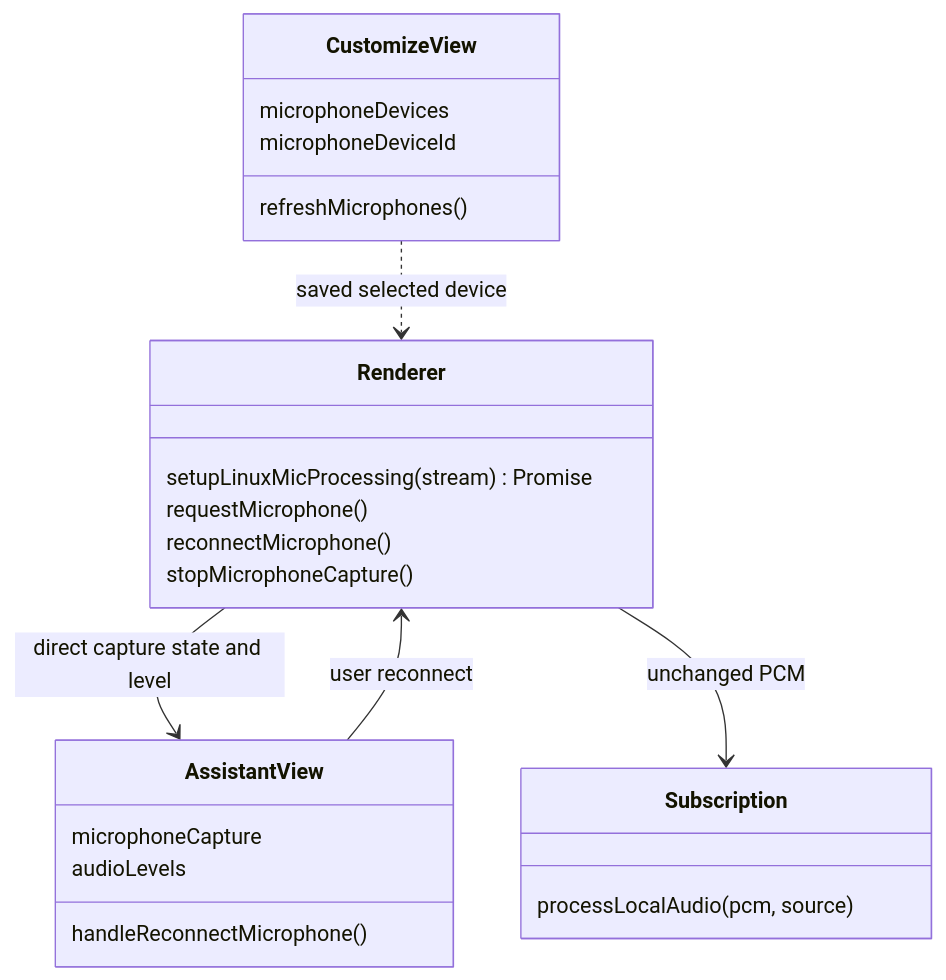
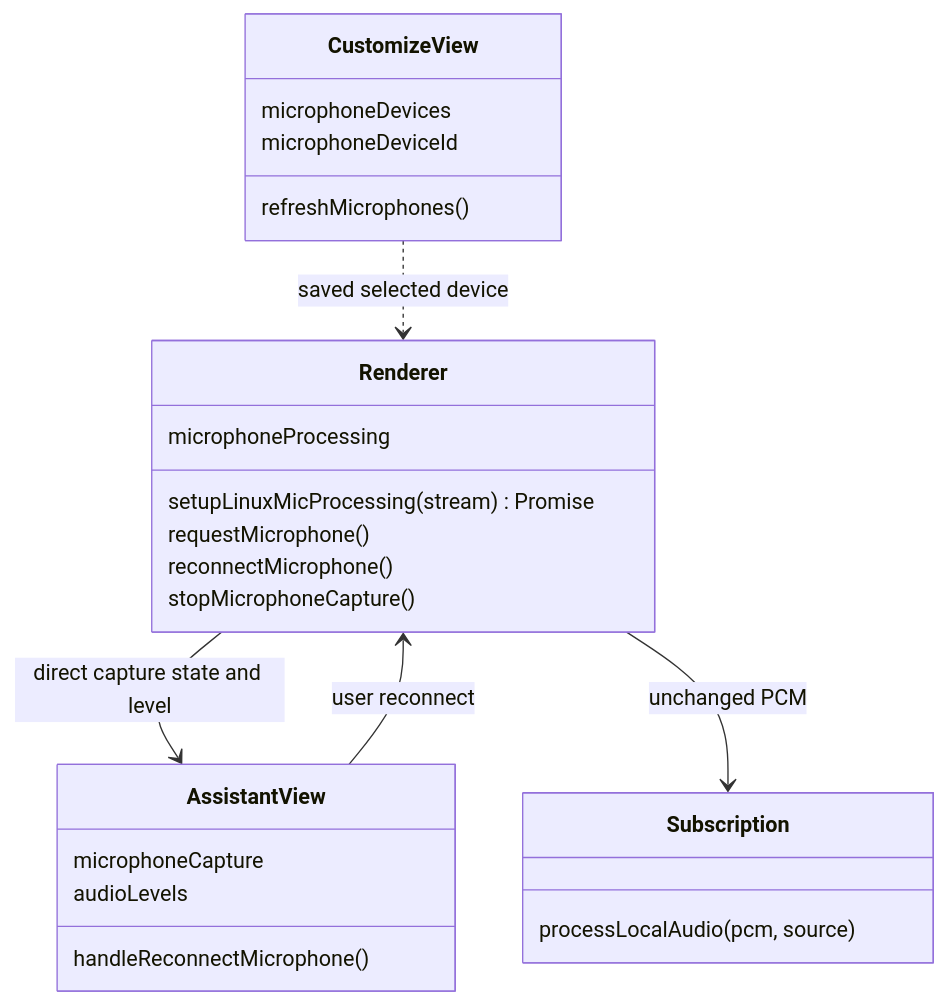
Before and after one commit to liu-qingyuan/cheating-daddy: the eighth of 8 diagrams in docs/MICROPHONE_CAPTURE.md, drawn with Mermaid. The commit also changed other lines of this file and 12 other files, not shown here.

````diff
--- a/docs/MICROPHONE_CAPTURE.md
+++ b/docs/MICROPHONE_CAPTURE.md
@@ -104,26 +104,27 @@
 ```mermaid
 classDiagram
  class Renderer {
   setupLinuxMicProcessing(stream) Promise
   requestMicrophone()
+  microphoneProcessing
   reconnectMicrophone()
   stopMicrophoneCapture()
  }
  class AssistantView {
   microphoneCapture
   audioLevels
   handleReconnectMicrophone()
  }
  class CustomizeView {
   microphoneDevices
   microphoneDeviceId
   refreshMicrophones()
  }
  class Subscription {
   processLocalAudio(pcm, source)
  }
  Renderer --> AssistantView : direct capture state and level
  AssistantView --> Renderer : user reconnect
  CustomizeView ..> Renderer : saved selected device
  Renderer --> Subscription : unchanged PCM
 ```
````
